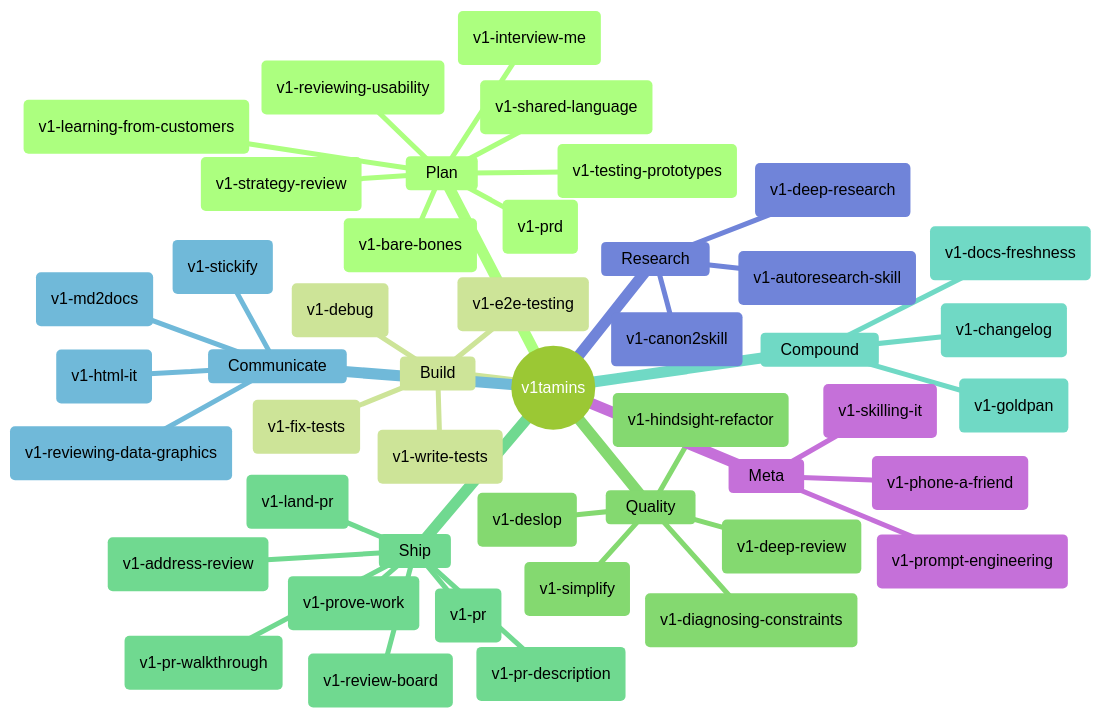
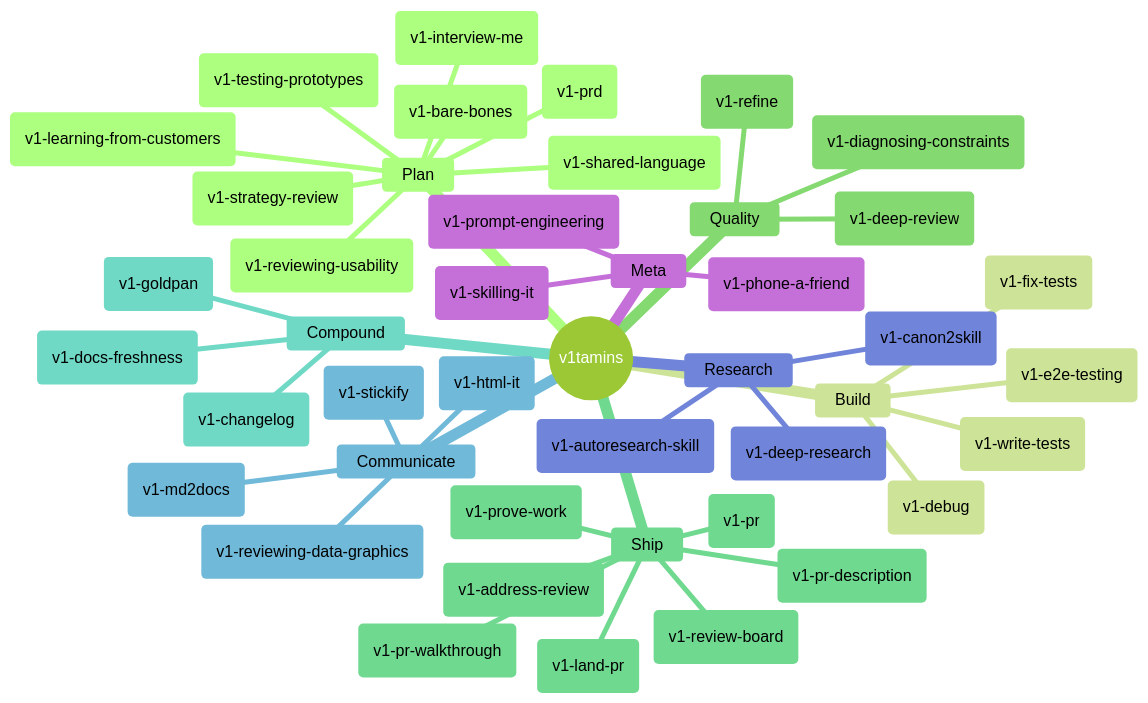
Before and after one commit to v1-io/v1tamins: the first of 6 diagrams in README.md, drawn with Mermaid (forest theme). The commit also changed other lines of this file and 38 other files, not shown here.

````diff
--- a/README.md
+++ b/README.md
@@ -114,49 +114,47 @@
 ```mermaid
 mindmap
   root((v1tamins))
     Plan
       ("v1-interview-me")
       ("v1-strategy-review")
       ("v1-bare-bones")
       ("v1-shared-language")
       ("v1-prd")
       ("v1-learning-from-customers")
       ("v1-testing-prototypes")
       ("v1-reviewing-usability")
     Build
       ("v1-debug")
       ("v1-fix-tests")
       ("v1-write-tests")
       ("v1-e2e-testing")
     Quality
-      ("v1-simplify")
-      ("v1-deslop")
-      ("v1-hindsight-refactor")
+      ("v1-refine")
       ("v1-deep-review")
       ("v1-diagnosing-constraints")
     Ship
       ("v1-pr")
       ("v1-pr-description")
       ("v1-land-pr")
       ("v1-pr-walkthrough")
       ("v1-address-review")
       ("v1-review-board")
       ("v1-prove-work")
     Compound
       ("v1-goldpan")
       ("v1-docs-freshness")
       ("v1-changelog")
     Communicate
       ("v1-stickify")
       ("v1-md2docs")
       ("v1-html-it")
       ("v1-reviewing-data-graphics")
     Research
       ("v1-deep-research")
       ("v1-autoresearch-skill")
       ("v1-canon2skill")
     Meta
       ("v1-phone-a-friend")
       ("v1-skilling-it")
       ("v1-prompt-engineering")
 ```
````
